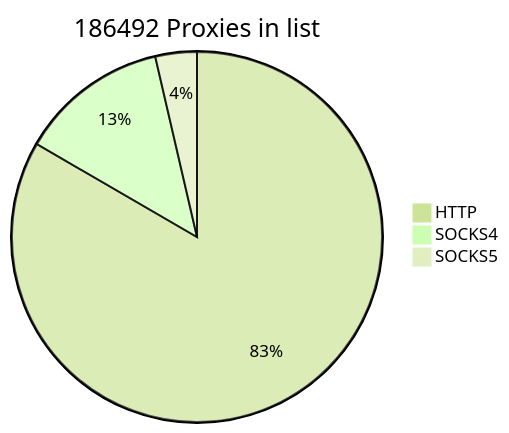
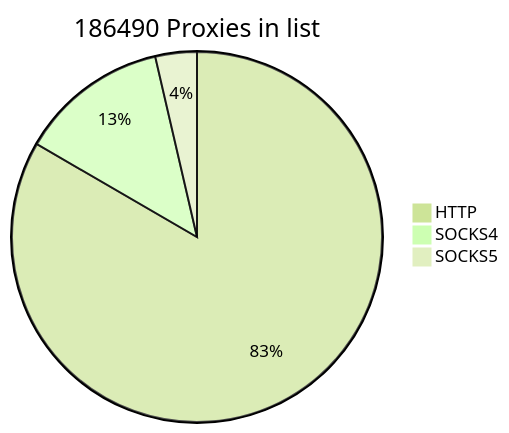
The first of 2 diagrams in README.md (cutipu/proxylist), drawn with Mermaid (forest theme) before and after one commit. The commit also changed other lines of this file, not shown here.

````diff
--- a/README.md
+++ b/README.md
@@ -2,7 +2,7 @@
 ```mermaid
-pie title 186492 Proxies in list
+pie title 186490 Proxies in list
     "HTTP" : 155460
-    "SOCKS4" : 24273
+    "SOCKS4" : 24271
     "SOCKS5" : 6759
             
 ```
````
